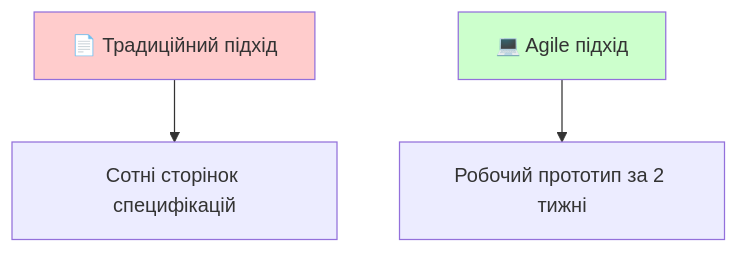
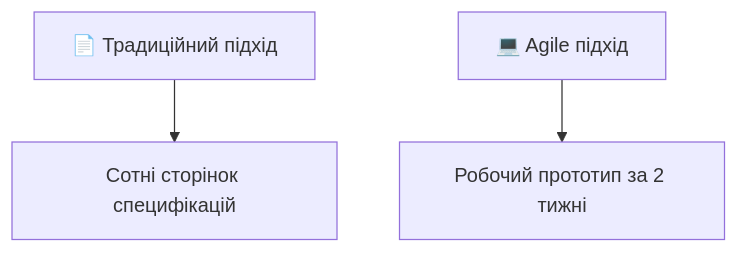
The third of 15 diagrams in docs/presentations/presentation-05.md (olroi421/course-opi), drawn with Mermaid before and after one commit. The commit also changed other lines of this file, not shown here.

````diff
--- a/docs/presentations/presentation-05.md
+++ b/docs/presentations/presentation-05.md
@@ -83,8 +83,6 @@
 ```mermaid
 graph TD
     A[📄 Традиційний підхід] --> A1[Сотні сторінок специфікацій]
     B[💻 Agile підхід] --> B1[Робочий прототип за 2 тижні]
 
-    style A fill:#ffcccc
-    style B fill:#ccffcc
 ```
````
